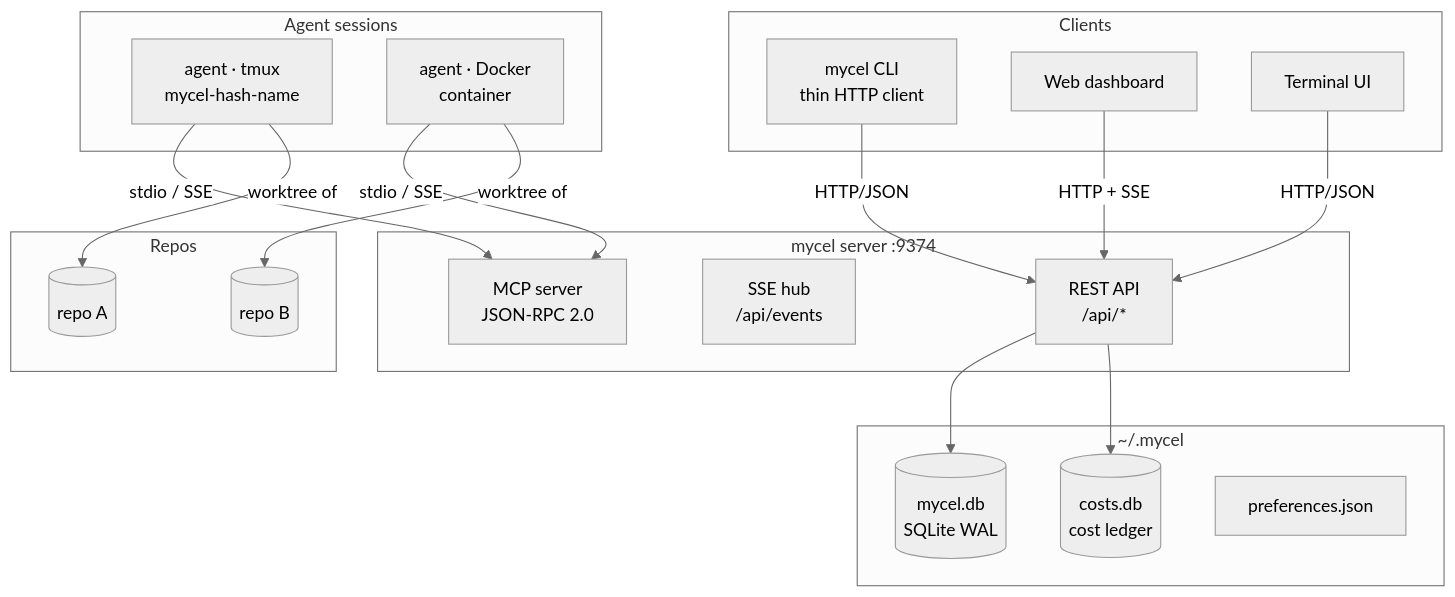
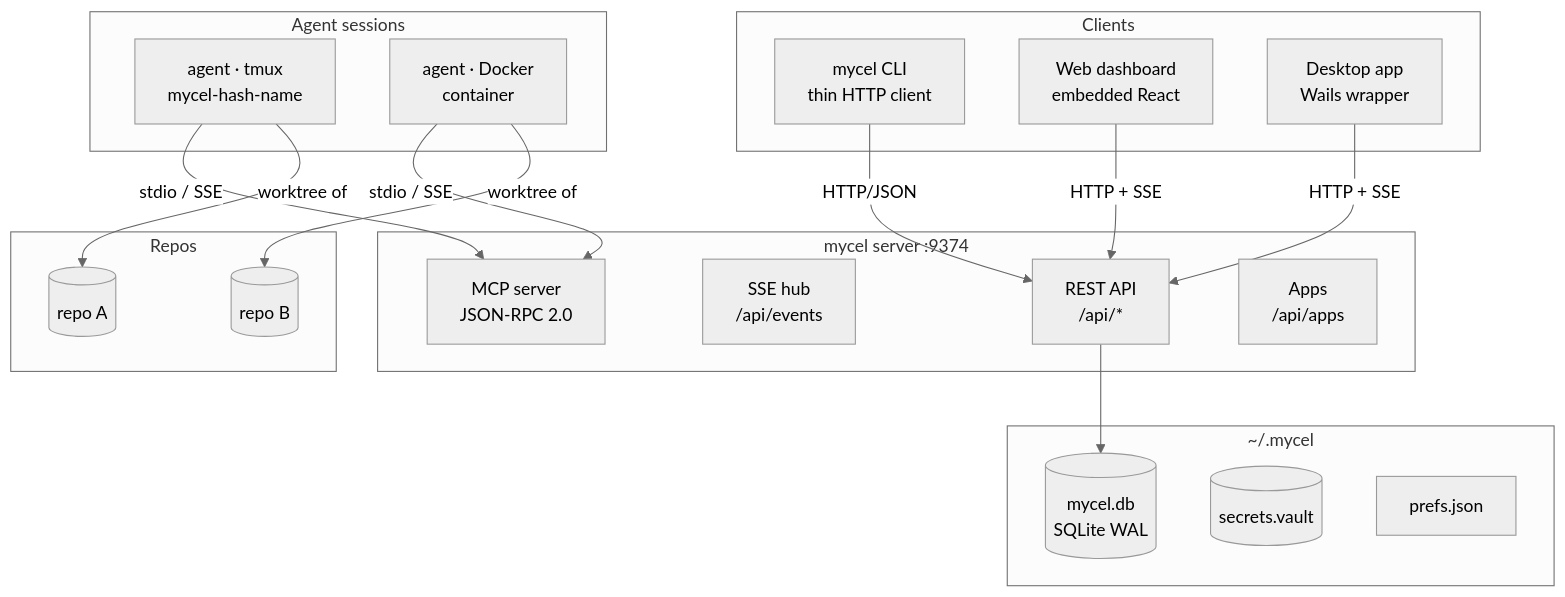
Before and after one commit to rpuneet/bc: the first of 3 diagrams in docs/overview.md, drawn with Mermaid (neutral theme). The commit also changed other lines of this file and 59 other files, not shown here.

````diff
--- a/docs/overview.md
+++ b/docs/overview.md
@@ -9,40 +9,40 @@
 ```mermaid
 graph TB
     subgraph Clients
         CLI[mycel CLI<br/>thin HTTP client]
-        WebUI[Web dashboard]
-        TUI[Terminal UI]
+        WebUI[Web dashboard<br/>embedded React]
+        Desktop[Desktop app<br/>Wails wrapper]
     end
 
     subgraph "mycel server :9374"
         REST[REST API<br/>/api/*]
         SSE[SSE hub<br/>/api/events]
         MCP[MCP server<br/>JSON-RPC 2.0]
+        Apps[Apps<br/>/api/apps]
     end
 
     subgraph "Agent sessions"
         A1[agent · tmux<br/>mycel-hash-name]
         A2[agent · Docker<br/>container]
     end
 
     subgraph "Repos"
         R1[(repo A)]
         R2[(repo B)]
     end
 
     subgraph "~/.mycel"
         DB[(mycel.db<br/>SQLite WAL)]
-        Costs[(costs.db<br/>cost ledger)]
-        Prefs[preferences.json]
+        Vault[(secrets.vault)]
+        Prefs[prefs.json]
     end
 
     CLI -->|HTTP/JSON| REST
     WebUI -->|HTTP + SSE| REST
-    TUI -->|HTTP/JSON| REST
+    Desktop -->|HTTP + SSE| REST
     A1 & A2 -->|stdio / SSE| MCP
 
     REST --> DB
-    REST --> Costs
     A1 -->|worktree of| R1
     A2 -->|worktree of| R2
 ```
````
